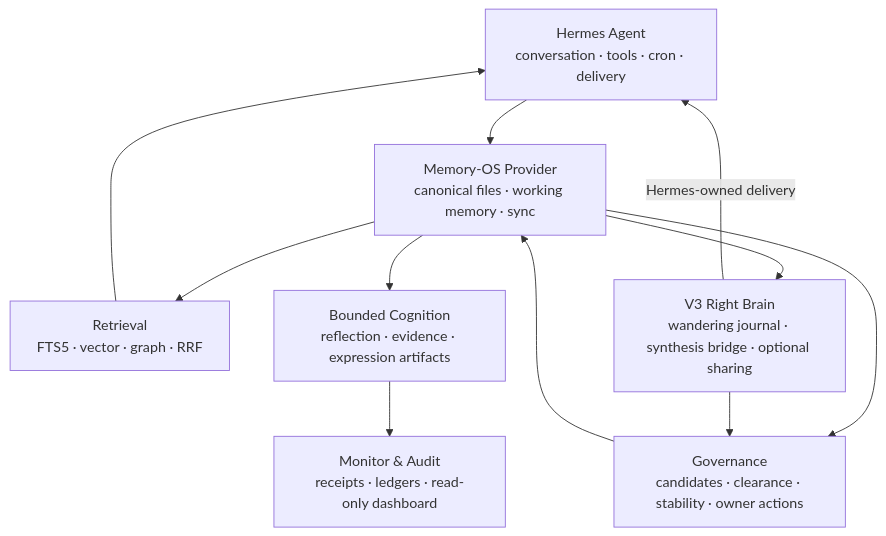
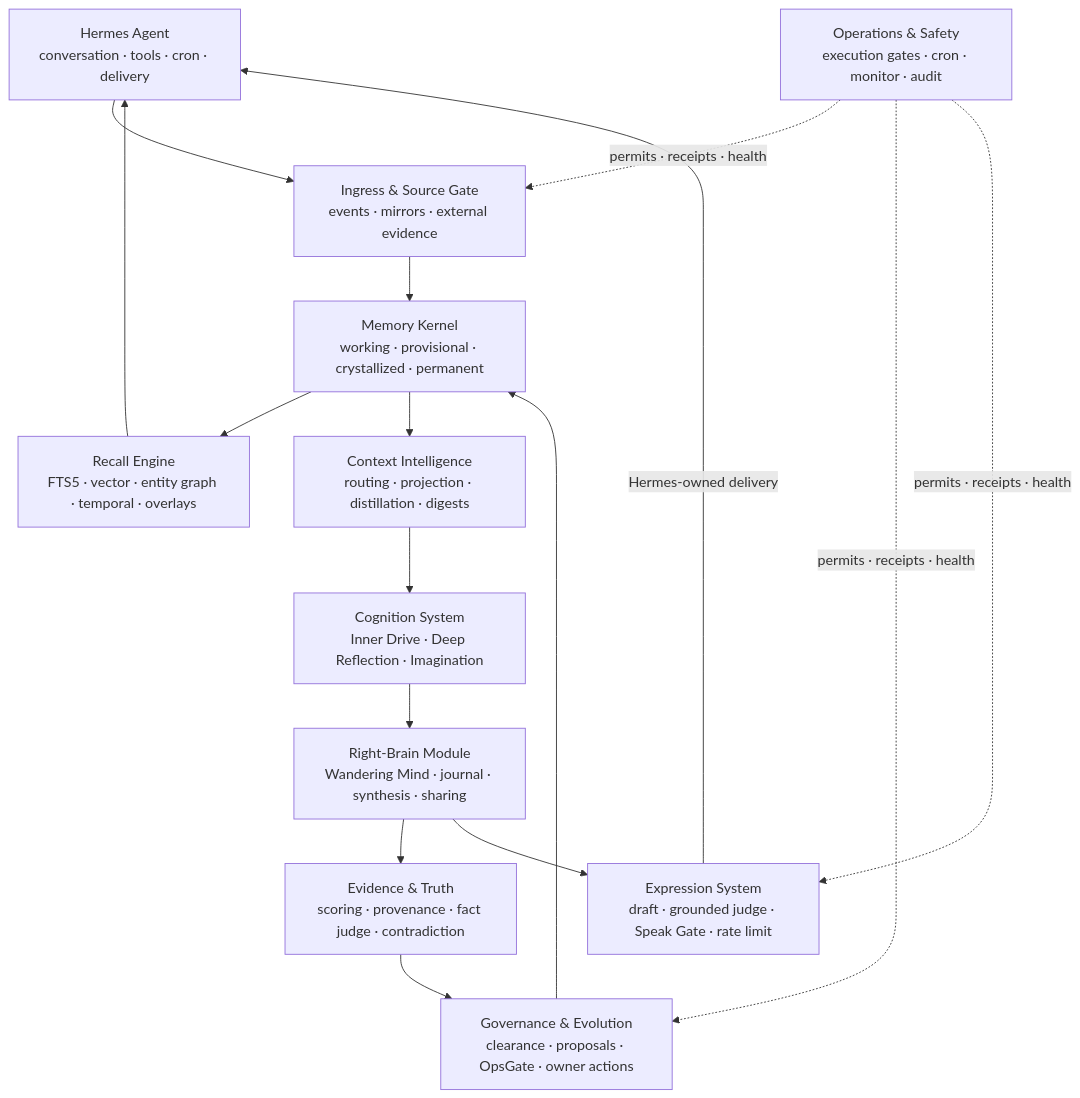
The diagram in README.md (btnalit/Hermes-Memory-OS), drawn with Mermaid before and after one commit. The commit also changed other lines of this file, not shown here.

Commit message:
docs: showcase full module stack and right brain

````diff
--- a/README.md
+++ b/README.md
@@ -332,21 +355,23 @@
 ```mermaid
 flowchart TD
     H["Hermes Agent<br/>conversation · tools · cron · delivery"]
-    P["Memory-OS Provider<br/>canonical files · working memory · sync"]
-    R["Retrieval<br/>FTS5 · vector · graph · RRF"]
-    G["Governance<br/>candidates · clearance · stability · owner actions"]
-    C["Bounded Cognition<br/>reflection · evidence · expression artifacts"]
-    M["Monitor & Audit<br/>receipts · ledgers · read-only dashboard"]
-    V3["V3 Right Brain<br/>wandering journal · synthesis bridge · optional sharing"]
+    I["Ingress & Source Gate<br/>events · mirrors · external evidence"]
+    K["Memory Kernel<br/>working · provisional · crystallized · permanent"]
+    R["Recall Engine<br/>FTS5 · vector · entity graph · temporal · overlays"]
+    X["Context Intelligence<br/>routing · projection · distillation · digests"]
+    C["Cognition System<br/>Inner Drive · Deep Reflection · Imagination"]
+    RB["Right-Brain Module<br/>Wandering Mind · journal · synthesis · sharing"]
+    E["Evidence & Truth<br/>scoring · provenance · fact judge · contradiction"]
+    G["Governance & Evolution<br/>clearance · proposals · OpsGate · owner actions"]
+    O["Expression System<br/>draft · grounded judge · Speak Gate · rate limit"]
+    M["Operations & Safety<br/>execution gates · cron · monitor · audit"]
 
-    H --> P
-    P --> R
-    P --> G
-    R --> H
-    G --> P
-    P --> C
-    C --> M
-    P --> V3
-    V3 --> G
-    V3 -->|"Hermes-owned delivery"| H
+    H --> I --> K
+    K --> R --> H
+    K --> X --> C --> RB
+    RB --> E --> G --> K
+    RB --> O -->|"Hermes-owned delivery"| H
+    M -. "permits · receipts · health" .-> I
+    M -. "permits · receipts · health" .-> G
+    M -. "permits · receipts · health" .-> O
 ```
````
